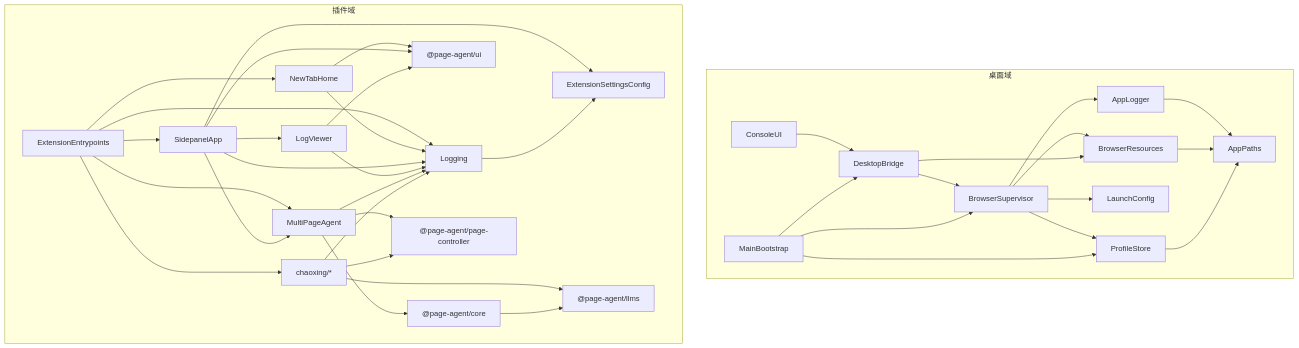
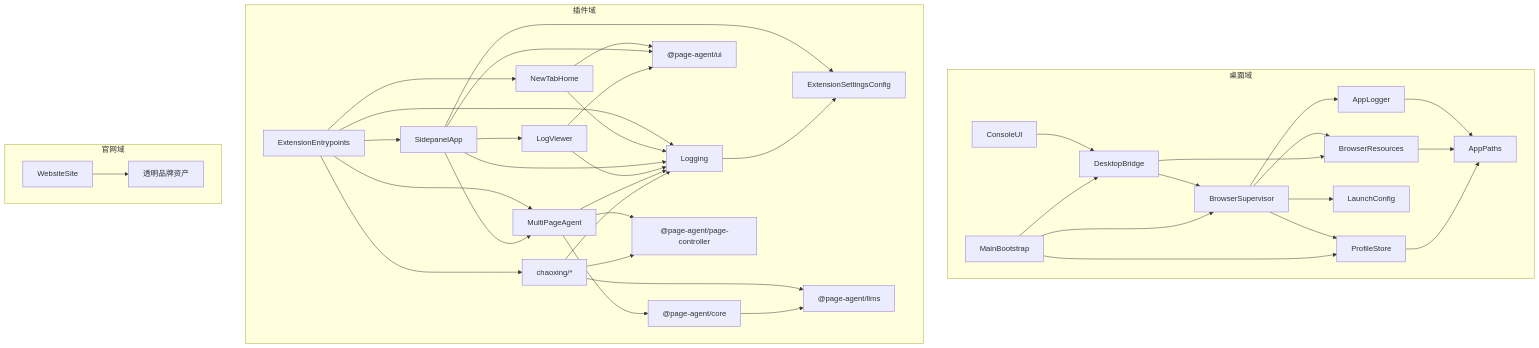
Before and after one commit to SmartSunruiyang/WenXue: the diagram in .project.agents/docs/context/ARCHITECTURE.md, drawn with Mermaid. The commit also changed other lines of this file and 61 other files, not shown here.

````diff
--- a/.project.agents/docs/context/ARCHITECTURE.md
+++ b/.project.agents/docs/context/ARCHITECTURE.md
@@ -258,42 +272,45 @@
 ```mermaid
 graph TD
     subgraph 桌面域
         MainBootstrap --> DesktopBridge
         MainBootstrap --> BrowserSupervisor
         MainBootstrap --> ProfileStore
         ConsoleUI --> DesktopBridge
         DesktopBridge --> BrowserSupervisor
         DesktopBridge --> BrowserResources
         BrowserSupervisor --> LaunchConfig
         BrowserSupervisor --> BrowserResources
         BrowserSupervisor --> ProfileStore
         BrowserSupervisor --> AppLogger
         ProfileStore --> AppPaths
         BrowserResources --> AppPaths
         AppLogger --> AppPaths
     end
     subgraph 插件域
         ExtensionEntrypoints --> SidepanelApp
         ExtensionEntrypoints --> NewTabHome
         ExtensionEntrypoints --> Logging
         NewTabHome --> PA_UI["@page-agent/ui"]
         NewTabHome --> Logging
         ExtensionEntrypoints --> MultiPageAgent
         ExtensionEntrypoints --> Chaoxing["chaoxing/*"]
         SidepanelApp --> MultiPageAgent
         SidepanelApp --> ExtensionSettingsConfig
         SidepanelApp --> LogViewer
         SidepanelApp --> Logging
         SidepanelApp --> PA_UI["@page-agent/ui"]
         LogViewer --> Logging
         LogViewer --> PA_UI
         Logging --> ExtensionSettingsConfig
         MultiPageAgent --> PA_CORE["@page-agent/core"]
         MultiPageAgent --> PA_PC["@page-agent/page-controller"]
         MultiPageAgent --> Logging
         Chaoxing --> PA_LLMS["@page-agent/llms"]
         Chaoxing --> PA_PC["@page-agent/page-controller"]
         Chaoxing --> Logging
         PA_CORE --> PA_LLMS["@page-agent/llms"]
     end
+    subgraph 官网域
+        WebsiteSite --> WebsiteAssets["透明品牌资产"]
+    end
 ```
````
